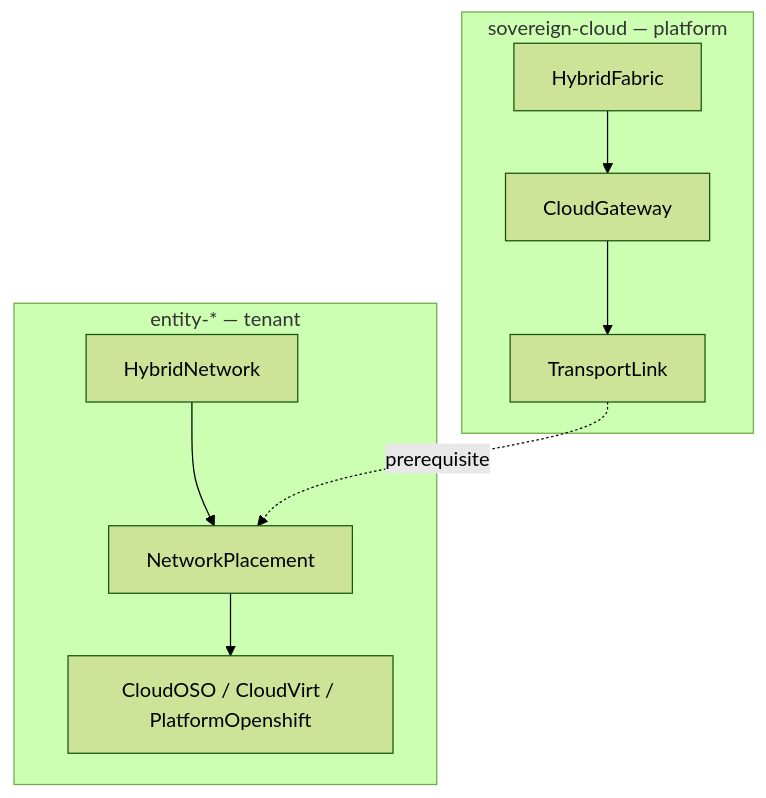
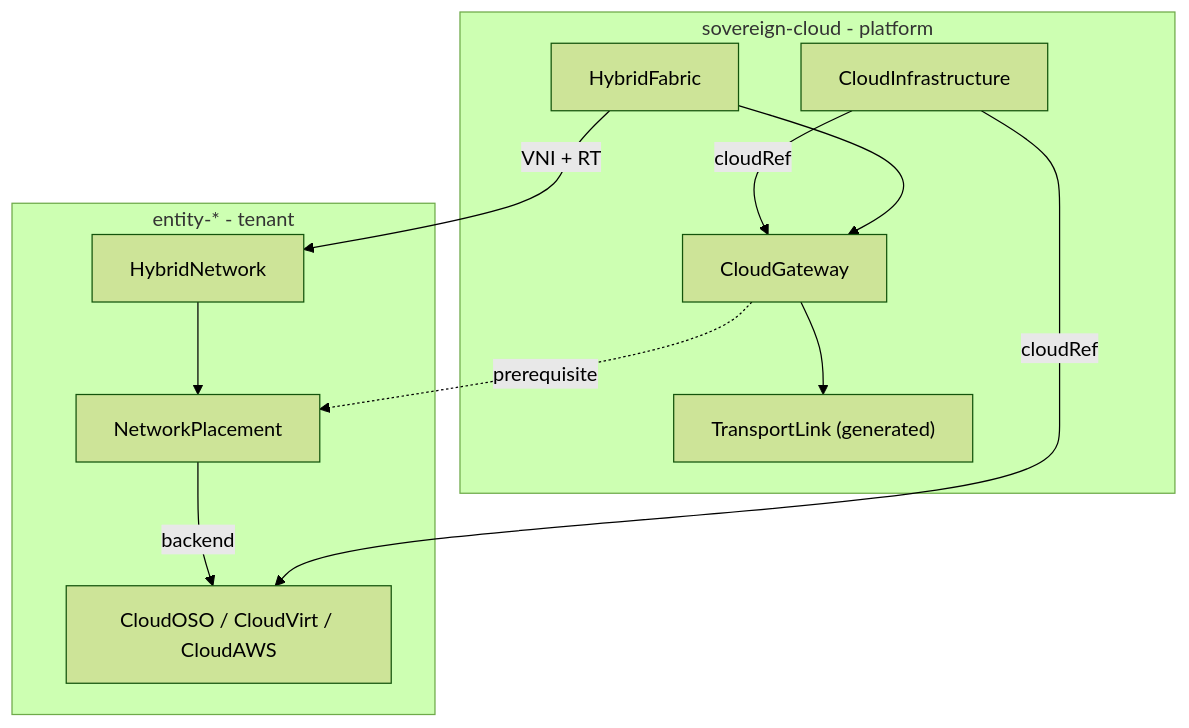
One commit to hybrid-sovereign-cloud/hybridcloud-demojam changed the fourth of 11 diagrams in design/fabric.md. Above: the diagram before and after it, drawn with Mermaid (forest theme). The commit also changed other lines of this file and 9 other files, not shown here.

Commit message:
docs: workshop labs and design doc for the CloudInfrastructure model and the hub CloudVirt spoke

````diff
--- a/design/fabric.md
+++ b/design/fabric.md
@@ -238,16 +248,22 @@
 ```mermaid
 flowchart TB
-  subgraph platform["sovereign-cloud — platform"]
+  subgraph platform["sovereign-cloud - platform"]
     HF[HybridFabric]
+    CI[CloudInfrastructure]
     CG[CloudGateway]
-    TL[TransportLink]
+    TL["TransportLink (generated)"]
   end
-  subgraph tenant["entity-* — tenant"]
+  subgraph tenant["entity-* - tenant"]
+    CP["CloudOSO / CloudVirt / CloudAWS"]
     HN[HybridNetwork]
     NP[NetworkPlacement]
-    BE["CloudOSO / CloudVirt / PlatformOpenshift"]
   end
-  HF --> CG --> TL
-  HN --> NP --> BE
-  TL -.->|prerequisite| NP
+  HF --> CG
+  CI -->|cloudRef| CG
+  CI -->|cloudRef| CP
+  CG --> TL
+  HF -->|VNI + RT| HN
+  HN --> NP
+  NP -->|backend| CP
+  CG -.->|prerequisite| NP
 ```
````
